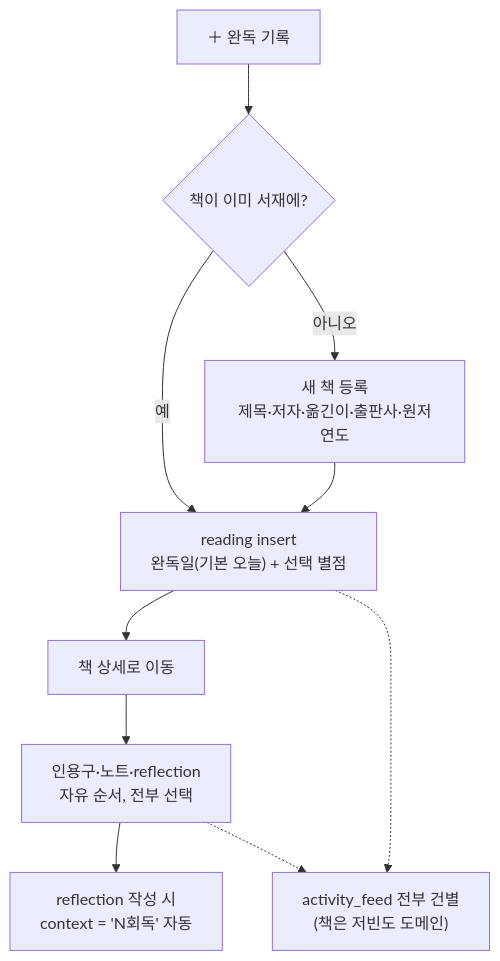
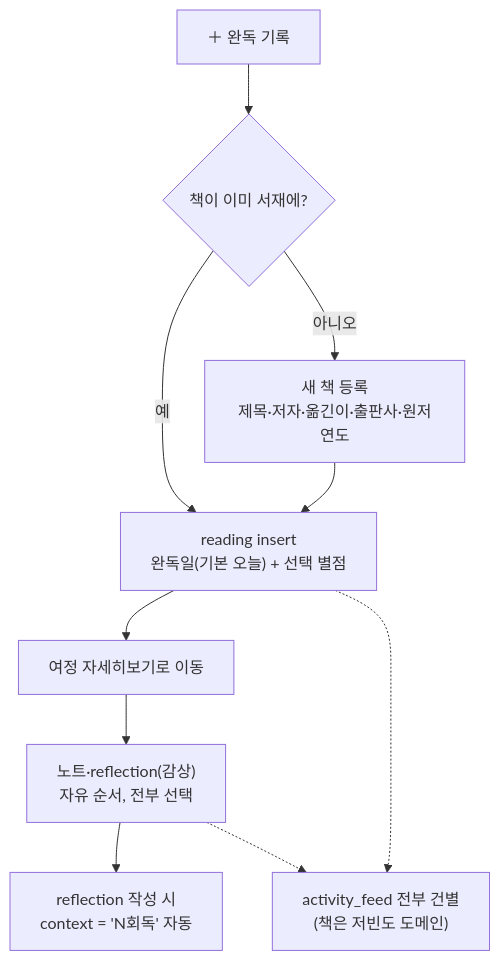
Before and after one commit to LeeSongHeon-LSH/LSHobby: the fifth of 7 diagrams in docs/14-flows.md, drawn with Mermaid. The commit also changed other lines of this file and 12 other files, not shown here.

````diff
--- a/docs/14-flows.md
+++ b/docs/14-flows.md
@@ -80,11 +79,11 @@
 ```mermaid
 flowchart TD
     A["＋ 완독 기록"] --> B{책이 이미 서재에?}
     B -- 예 --> D
     B -- 아니오 --> C["새 책 등록<br/>제목·저자·옮긴이·출판사·원저연도"]
     C --> D["reading insert<br/>완독일(기본 오늘) + 선택 별점"]
-    D --> E[책 상세로 이동]
-    E --> F["인용구·노트·reflection<br/>자유 순서, 전부 선택"]
+    D --> E[여정 자세히보기로 이동]
+    E --> F["노트·reflection(감상)<br/>자유 순서, 전부 선택"]
     F --> G["reflection 작성 시<br/>context = 'N회독' 자동"]
     D & F -.-> H["activity_feed 전부 건별<br/>(책은 저빈도 도메인)"]
 ```
````
